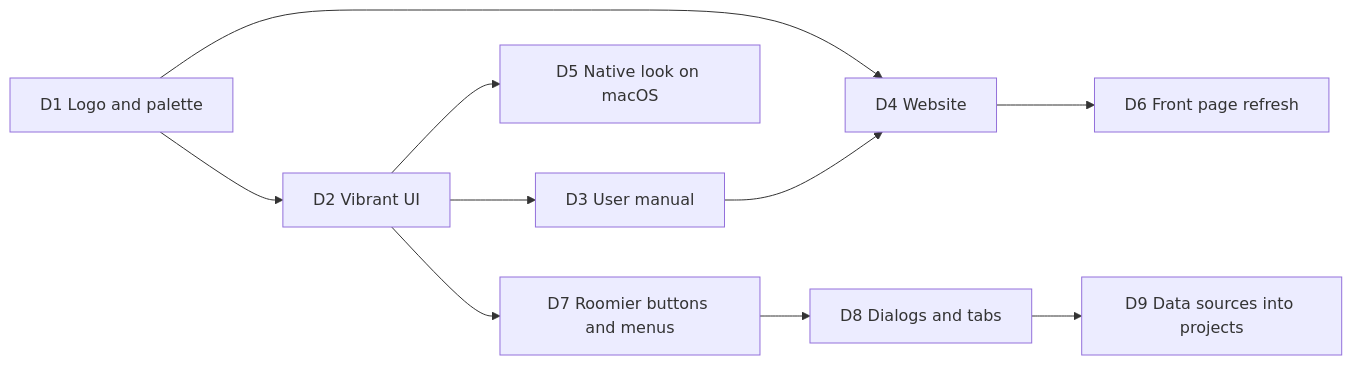
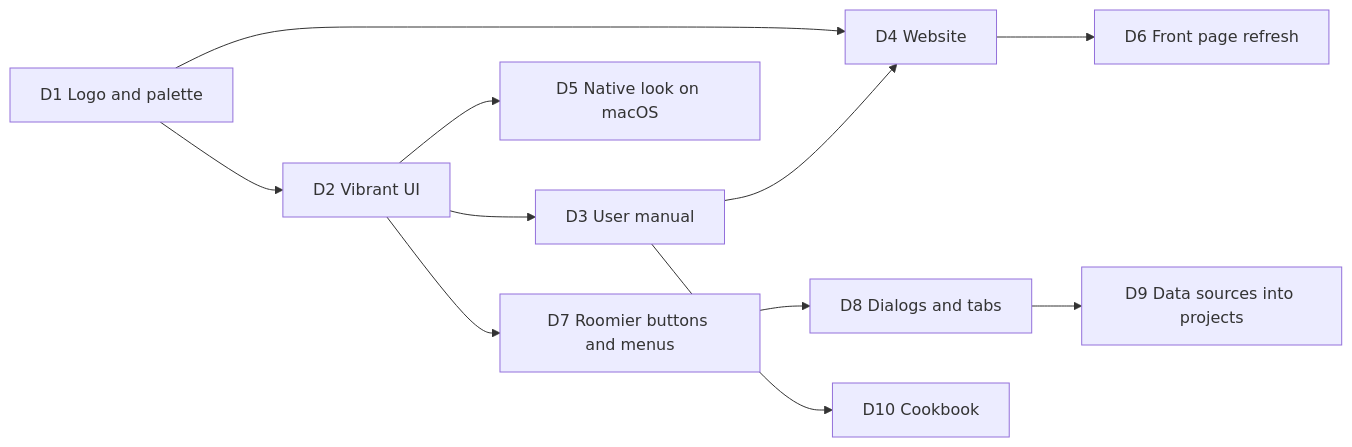
One commit to navasvarela/dbrover changed the diagram in docs/roadmap.md. Above: the diagram before and after it, drawn with Mermaid. The commit also changed other lines of this file and 1 other file, not shown here.

First line of the commit message:
docs(roadmap): plan a cookbook of worked examples (D10a)

````diff
--- a/docs/roadmap.md
+++ b/docs/roadmap.md
@@ -3714,12 +3714,13 @@
 ```mermaid
 flowchart LR
     D1[D1 Logo and palette] --> D2[D2 Vibrant UI]
     D1 --> D4[D4 Website]
     D2 --> D3[D3 User manual]
     D3 --> D4
     D2 --> D5[D5 Native look on macOS]
     D4 --> D6[D6 Front page refresh]
     D2 --> D7[D7 Roomier buttons and menus]
     D7 --> D8[D8 Dialogs and tabs]
     D8 --> D9[D9 Data sources into projects]
+    D3 --> D10[D10 Cookbook]
 ```
````
